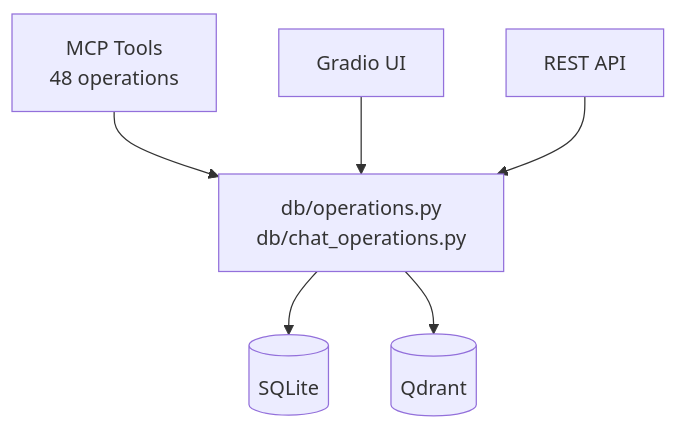
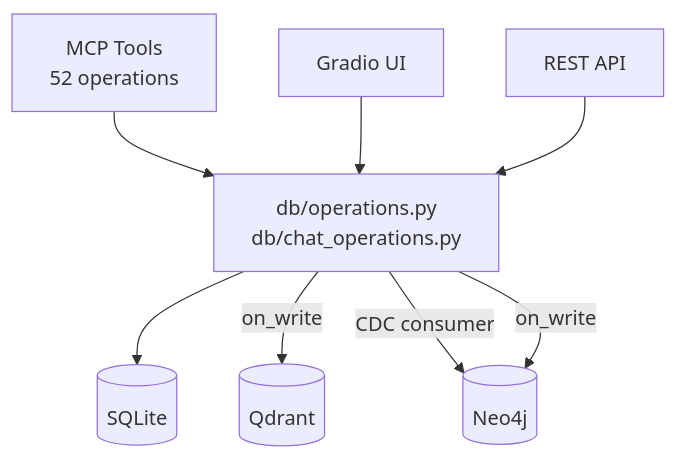
Before and after one commit to janat-llc/janatpmp: the second of 2 diagrams in README.md, drawn with Mermaid. The commit also changed other lines of this file and 20 other files, not shown here.

First line of the commit message:
Phase R13: Live Memory — triple-write pipeline, Neo4j knowledge graph, Slumber 4-cycle

````diff
--- a/README.md
+++ b/README.md
@@ -40,8 +43,10 @@
 ```mermaid
 graph TB
-    MCP[MCP Tools<br/>48 operations] --> DB[db/operations.py<br/>db/chat_operations.py]
+    MCP[MCP Tools<br/>52 operations] --> DB[db/operations.py<br/>db/chat_operations.py]
     UI[Gradio UI] --> DB
     API[REST API] --> DB
     DB --> SQLite[(SQLite)]
-    DB --> Qdrant[(Qdrant)]
+    DB -->|on_write| Qdrant[(Qdrant)]
+    DB -->|CDC consumer| Neo4j[(Neo4j)]
+    DB -->|on_write| Neo4j
 ```
````
